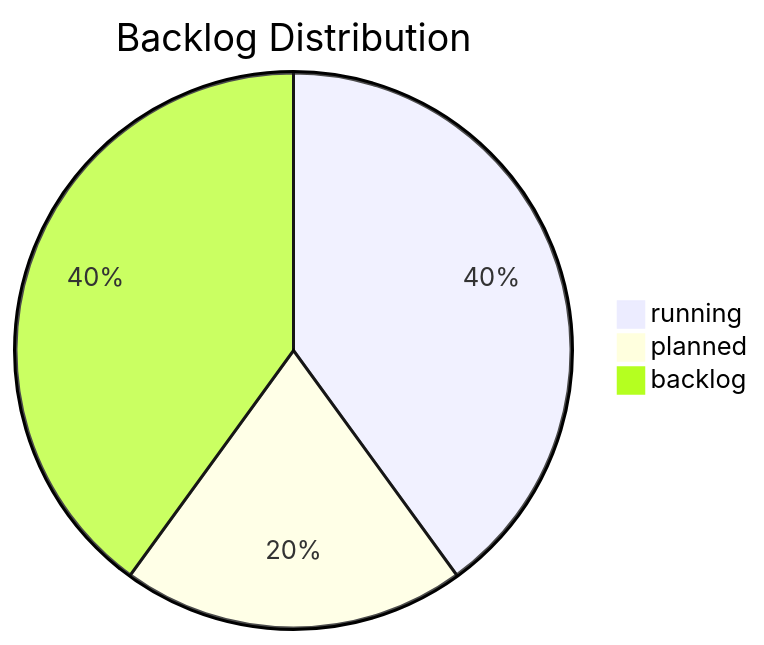
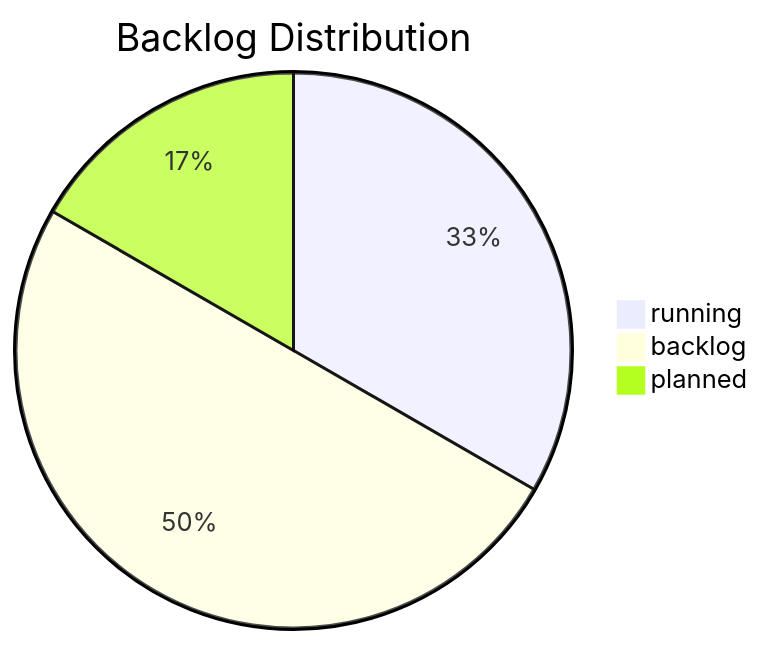
The diagram in artefacts/dashboards/backlog_dashboard_v1.1.md (Stephan-adod/Core), drawn with Mermaid before and after one commit. The commit also changed other lines of this file and 11 other files, not shown here.

````diff
--- a/artefacts/dashboards/backlog_dashboard_v1.1.md
+++ b/artefacts/dashboards/backlog_dashboard_v1.1.md
@@ -50,6 +43,6 @@
 ```mermaid
 pie title Backlog Distribution
   "running" : 2
+  "backlog" : 3
   "planned" : 1
-  "backlog" : 2
 ```
````
